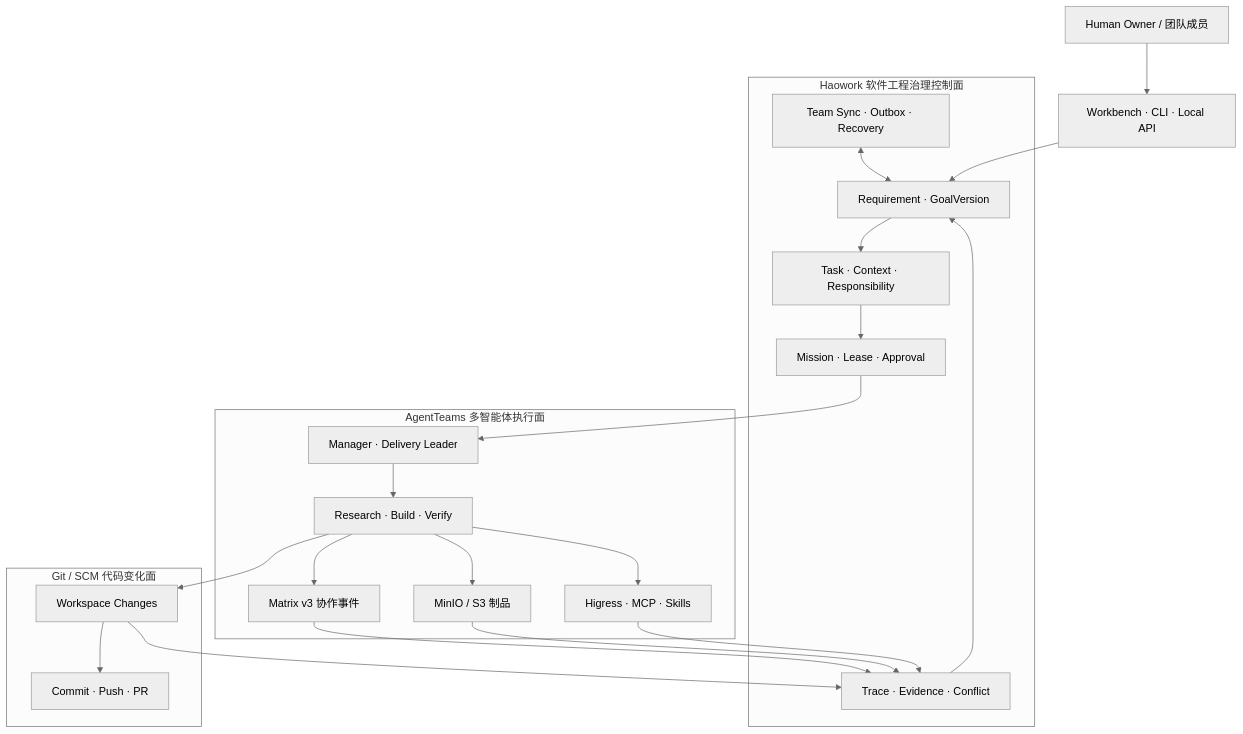
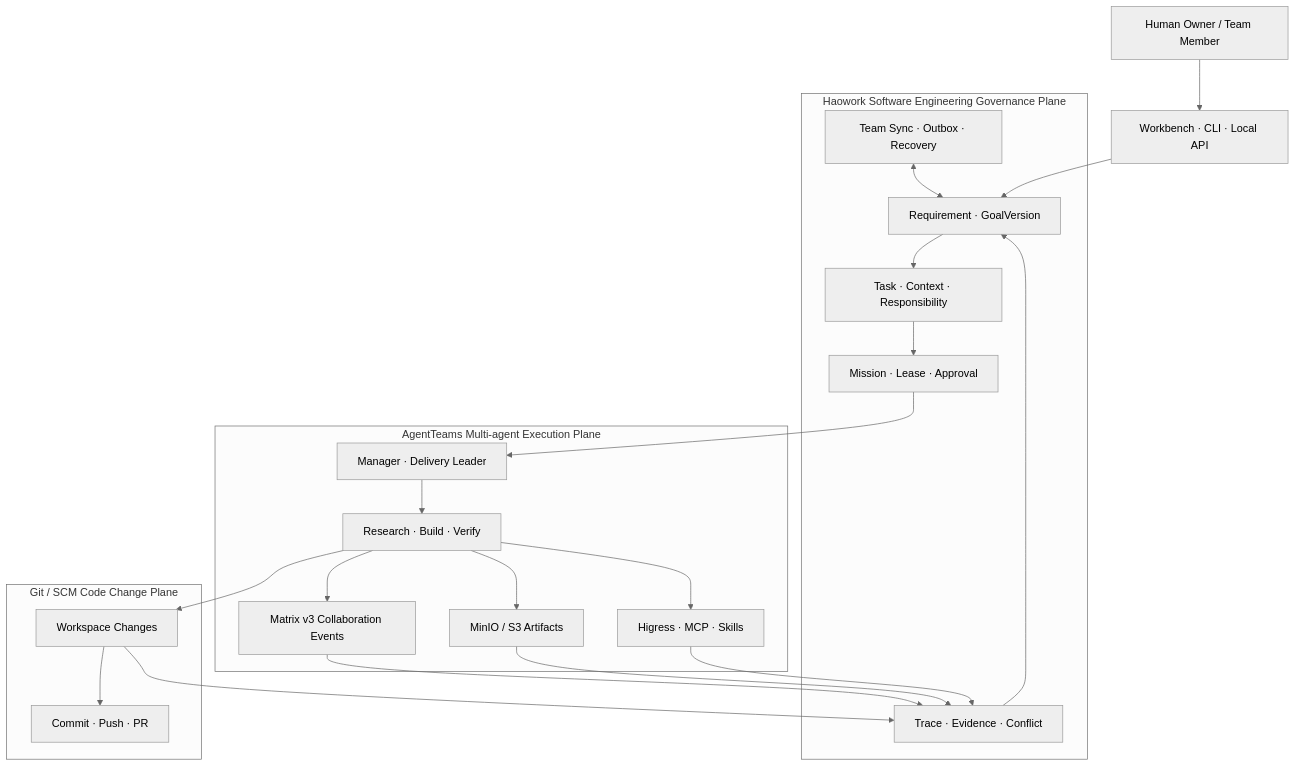
One commit to haochase/haowork changed the first of 2 diagrams in README.md. Above: the diagram before and after it, drawn with Mermaid (neutral theme). The commit also changed other lines of this file and 1 other file, not shown here.

````diff
--- a/README.md
+++ b/README.md
@@ -125,39 +139,39 @@
 ```mermaid
 flowchart TB
-    HUMAN["Human Owner / 团队成员"] --> UI["Workbench · CLI · Local API"]
+    HUMAN["Human Owner / Team Member"] --> UI["Workbench · CLI · Local API"]
 
-    subgraph GOV["Haowork 软件工程治理控制面"]
+    subgraph GOV["Haowork Software Engineering Governance Plane"]
         GOAL["Requirement · GoalVersion"]
         WORK["Task · Context · Responsibility"]
         AUTH["Mission · Lease · Approval"]
         PROOF["Trace · Evidence · Conflict"]
         SYNC["Team Sync · Outbox · Recovery"]
         GOAL --> WORK --> AUTH
         PROOF --> GOAL
         SYNC <--> GOAL
     end
 
-    subgraph EXEC["AgentTeams 多智能体执行面"]
+    subgraph EXEC["AgentTeams Multi-agent Execution Plane"]
         TOPO["Manager · Delivery Leader"]
         AGENTS["Research · Build · Verify"]
-        MATRIX["Matrix v3 协作事件"]
-        OBJECT["MinIO / S3 制品"]
+        MATRIX["Matrix v3 Collaboration Events"]
+        OBJECT["MinIO / S3 Artifacts"]
         TOOLS["Higress · MCP · Skills"]
         TOPO --> AGENTS
         AGENTS --> MATRIX
         AGENTS --> OBJECT
         AGENTS --> TOOLS
     end
 
-    subgraph SCM["Git / SCM 代码变化面"]
+    subgraph SCM["Git / SCM Code Change Plane"]
         FILES["Workspace Changes"] --> COMMITS["Commit · Push · PR"]
     end
 
     UI --> GOAL
     AUTH --> TOPO
     MATRIX --> PROOF
     OBJECT --> PROOF
     TOOLS --> PROOF
     AGENTS --> FILES
     FILES --> PROOF
 ```
````
